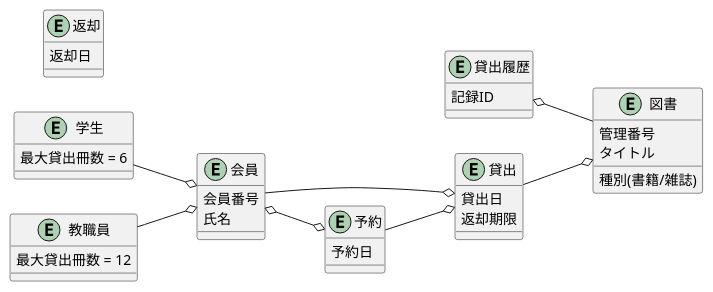
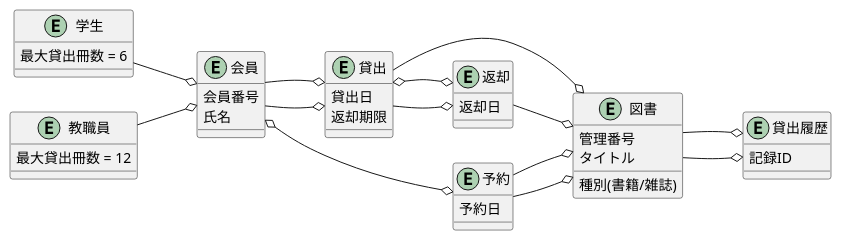
One commit to mameiku/G3-4 changed the diagram in domain.pu. Above: the diagram before and after it, drawn with PlantUML.

Commit message:
コミット

```diff
--- a/domain.pu
+++ b/domain.pu
@@ -1,51 +1,58 @@
 @startuml
  
 left to right direction
 entity 会員 {
     会員番号
     氏名
 }
  
 entity 学生 {
     最大貸出冊数 = 6
 }
  
 entity 教職員 {
     最大貸出冊数 = 12
 }
  
  
 entity 図書 {
   管理番号
   タイトル
   種別(書籍/雑誌)
 }
  
 entity 貸出 {
   貸出日
   返却期限
 }
  
 entity 返却 {
   返却日
 }
 entity 予約 {
   予約日
 }
 entity 貸出履歴 {
   記録ID
 }
  
 学生 --o 会員
 教職員 --o 会員
  
 会員 --o 貸出
+会員 --o 貸出
 会員 o--o 予約
  
-予約 --o 貸出
+貸出 --o 返却
+返却 --o 図書
+予約 --o 図書
  
+図書 --o 貸出履歴
+貸出 o--o 返却
 貸出 --o 図書
-貸出履歴 o-- 図書
+予約 --o 図書
+ 
+図書 --o 貸出履歴
  
  
 @enduml
```
